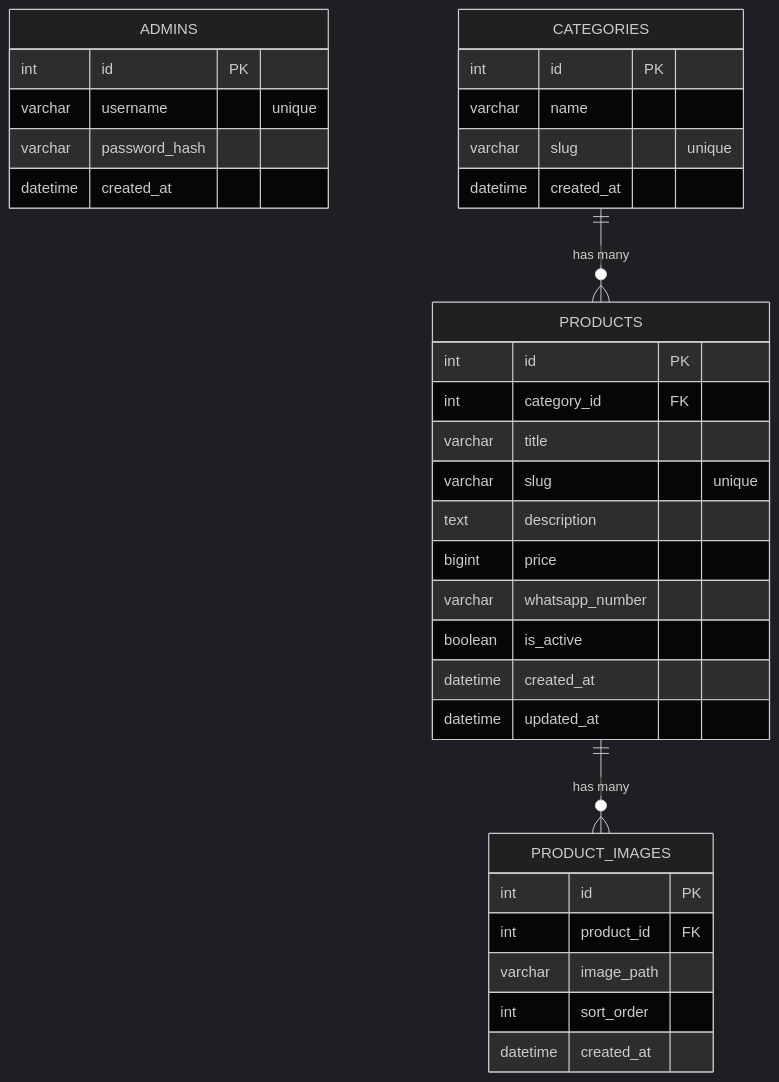
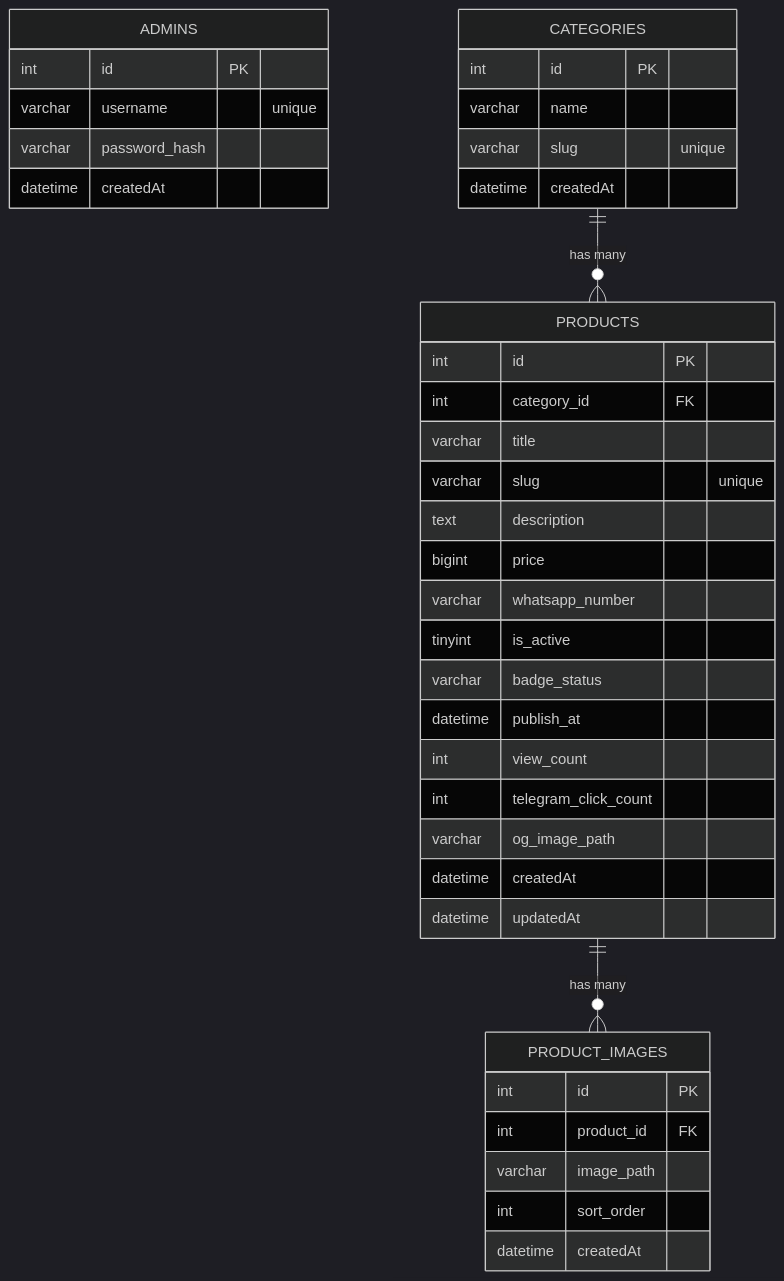
The diagram in prd.md (jefa2231/demo), drawn with Mermaid (dark theme) before and after one commit. The commit also changed other lines of this file and 26 other files, not shown here.

````diff
--- a/prd.md
+++ b/prd.md
@@ -267,40 +209,45 @@
 ```mermaid
 erDiagram
   ADMINS {
     int id PK
     varchar username "unique"
     varchar password_hash
-    datetime created_at
+    datetime createdAt
   }
 
   CATEGORIES {
     int id PK
     varchar name
     varchar slug "unique"
-    datetime created_at
+    datetime createdAt
   }
 
   PRODUCTS {
     int id PK
     int category_id FK
     varchar title
     varchar slug "unique"
     text description
     bigint price
     varchar whatsapp_number
-    boolean is_active
-    datetime created_at
-    datetime updated_at
+    tinyint is_active
+    varchar badge_status
+    datetime publish_at
+    int view_count
+    int telegram_click_count
+    varchar og_image_path
+    datetime createdAt
+    datetime updatedAt
   }
 
   PRODUCT_IMAGES {
     int id PK
     int product_id FK
     varchar image_path
     int sort_order
-    datetime created_at
+    datetime createdAt
   }
 
   CATEGORIES ||--o{ PRODUCTS : "has many"
   PRODUCTS ||--o{ PRODUCT_IMAGES : "has many"
 ```
````
